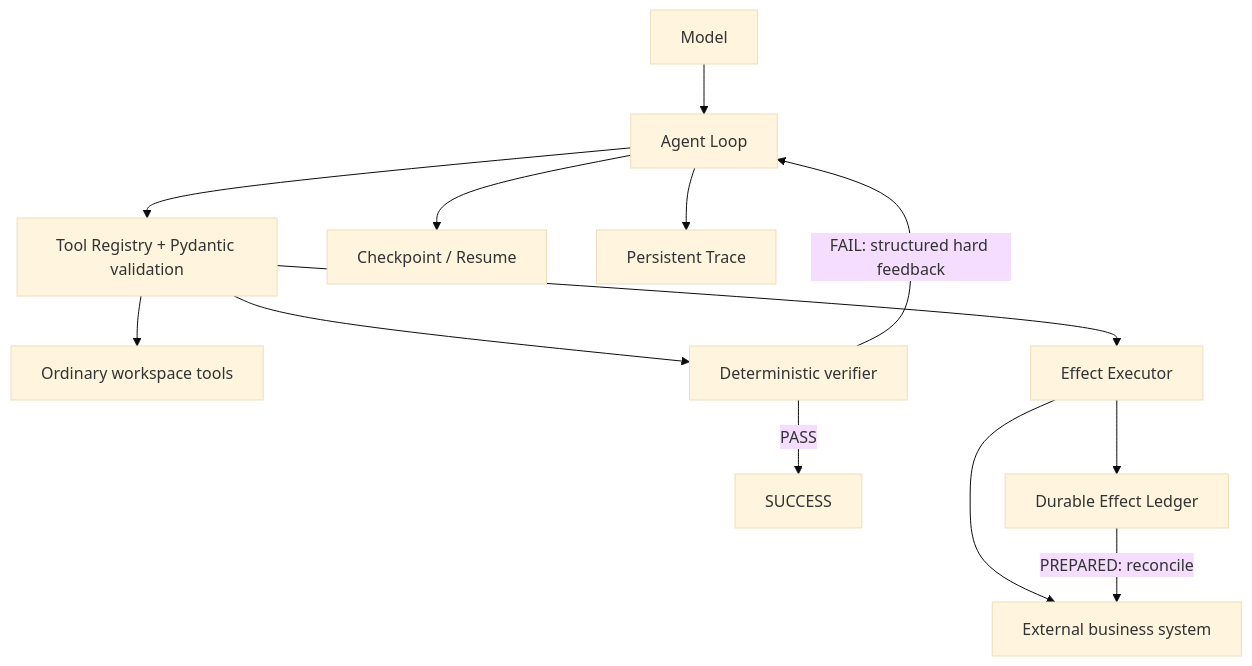
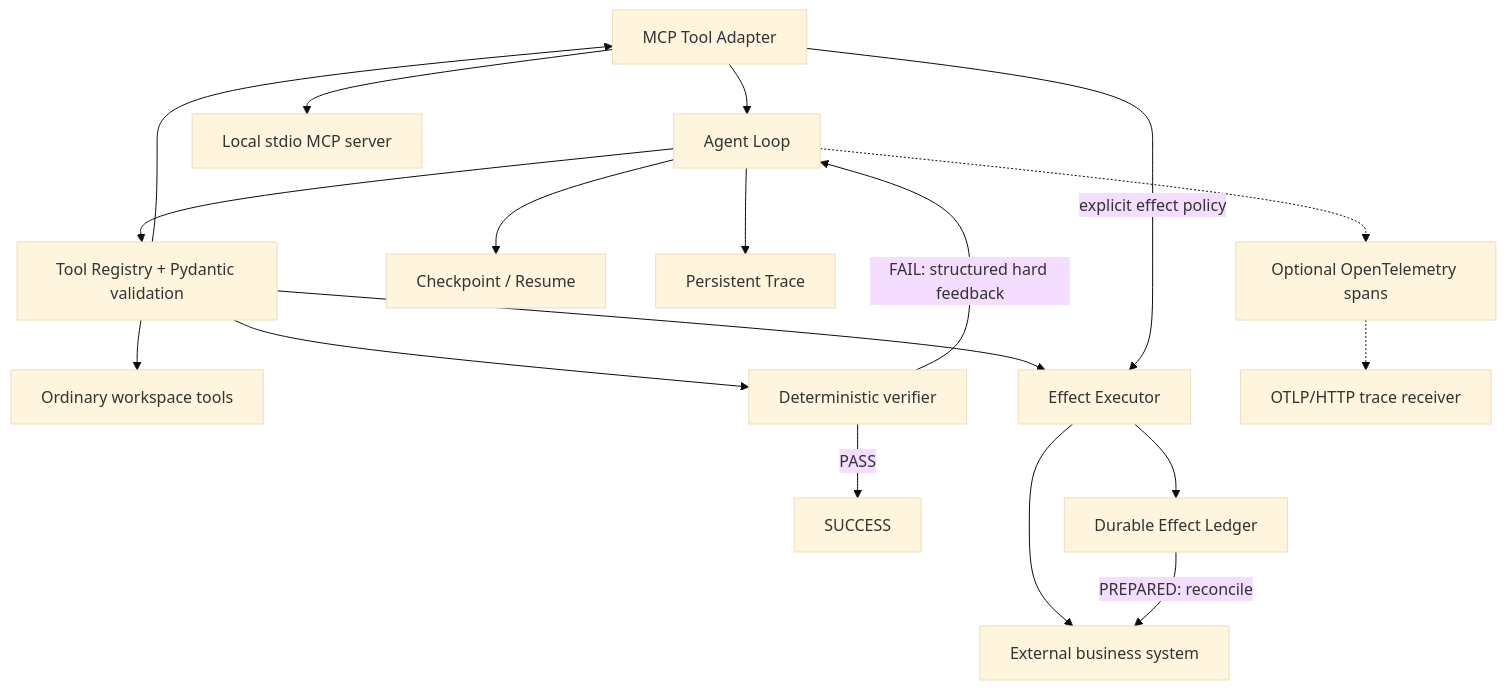
One commit to Malgierw/reliable-task-agent changed the diagram in README.md. Above: the diagram before and after it, drawn with Mermaid (base theme). The commit also changed other lines of this file and 1 other file, not shown here.

````diff
--- a/README.md
+++ b/README.md
@@ -33,15 +35,20 @@
 ```mermaid
 flowchart TD
     M["Model"] --> A["Agent Loop"]
     A --> R["Tool Registry + Pydantic validation"]
     A --> C["Checkpoint / Resume"]
     A --> T["Persistent Trace"]
     R --> O["Ordinary workspace tools"]
     R --> V["Deterministic verifier"]
     V -->|"FAIL: structured hard feedback"| A
     V -->|"PASS"| S["SUCCESS"]
     R --> E["Effect Executor"]
+    R --> M["MCP Tool Adapter"]
+    M --> MS["Local stdio MCP server"]
+    M -->|"explicit effect policy"| E
     E --> L["Durable Effect Ledger"]
     E --> B["External business system"]
     L -->|"PREPARED: reconcile"| B
+    A -.-> OT["Optional OpenTelemetry spans"]
+    OT -.-> OTL["OTLP/HTTP trace receiver"]
 ```
````
